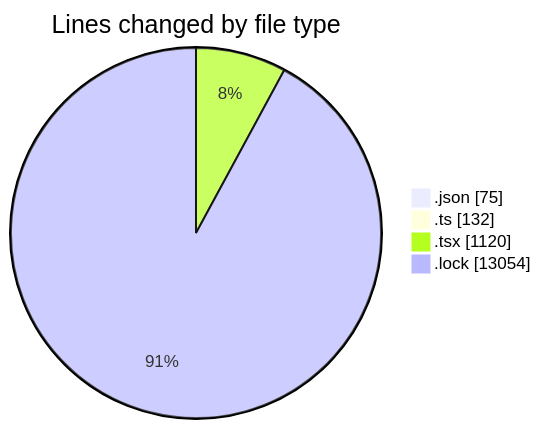
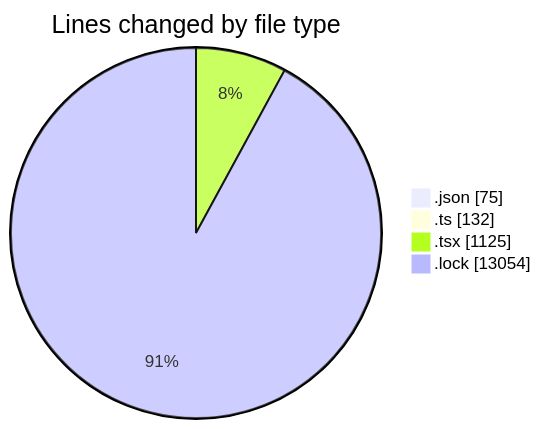
Before and after one commit to momahboobian/code-tracking: the first of 2 diagrams in 2025-05-07/cda/README.md, drawn with Mermaid. The commit also changed other lines of this file and 1 other file, not shown here.

````diff
--- a/2025-05-07/cda/README.md
+++ b/2025-05-07/cda/README.md
@@ -35,8 +35,8 @@
 ```mermaid
 pie showData
 title Lines changed by file type
 ".json" : 75
 ".ts" : 132
-".tsx" : 1120
+".tsx" : 1125
 ".lock" : 13054
 ```
````
